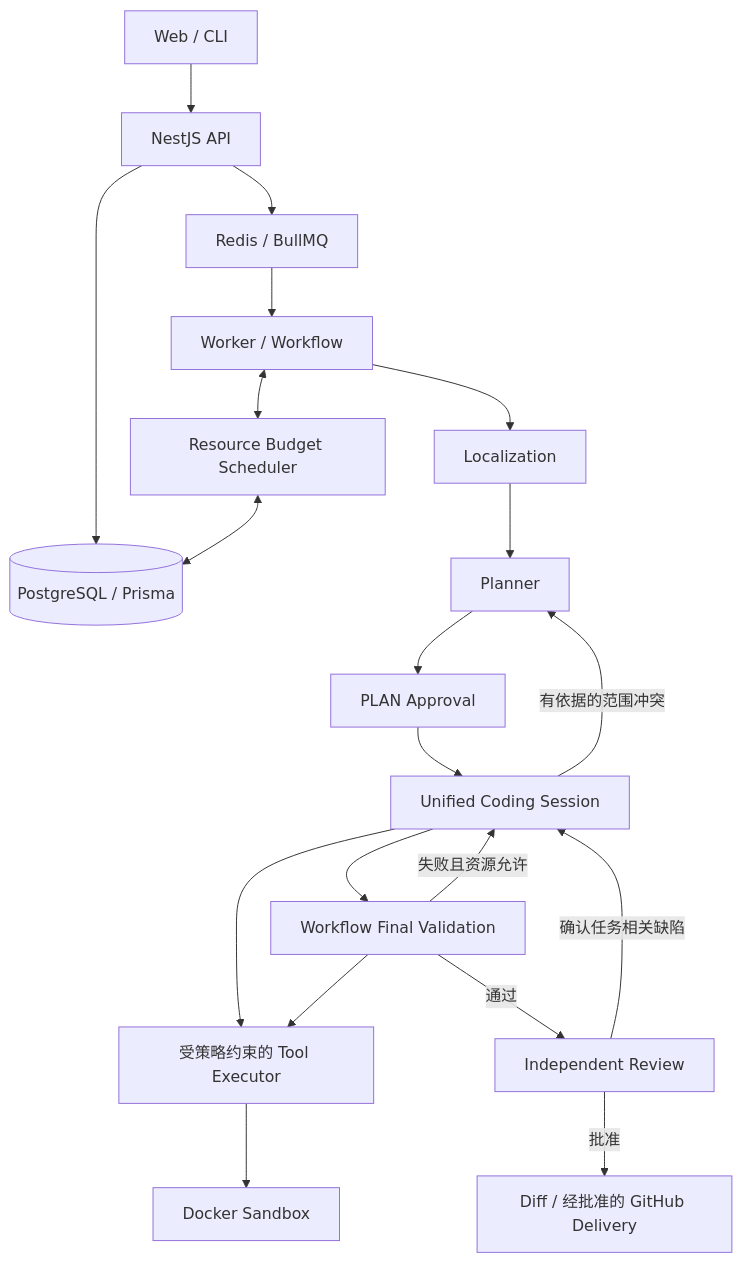
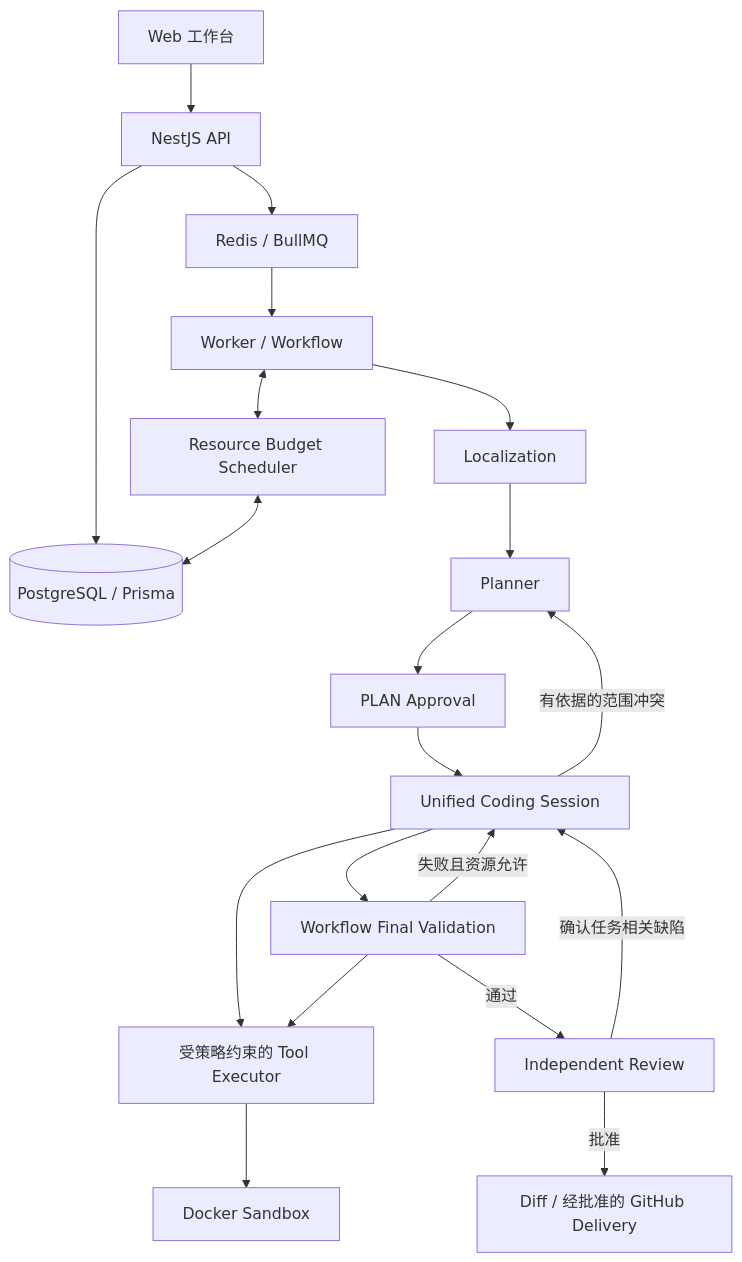
One commit to YangMingZhe34985/DevFlow changed the first of 2 diagrams in docs/technical-report-v2.3.1-20261010.md. Above: the diagram before and after it, drawn with Mermaid. The commit also changed other lines of this file and 4 other files, not shown here.

Commit message:
docs: explain end-to-end architecture and module internals for project study

````diff
--- a/docs/technical-report-v2.3.1-20261010.md
+++ b/docs/technical-report-v2.3.1-20261010.md
@@ -15,22 +17,22 @@
 ```mermaid
 flowchart TB
-  UI[Web / CLI] --> API[NestJS API]
+  UI[Web 工作台] --> API[NestJS API]
   API --> DB[(PostgreSQL / Prisma)]
   API --> Q[Redis / BullMQ]
   Q --> W[Worker / Workflow]
   W --> L[Localization]
   L --> P[Planner]
   P --> A[PLAN Approval]
   A --> C[Unified Coding Session]
   C --> V[Workflow Final Validation]
   V -->|失败且资源允许| C
   V -->|通过| R[Independent Review]
   R -->|确认任务相关缺陷| C
   R -->|批准| D[Diff / 经批准的 GitHub Delivery]
   C -->|有依据的范围冲突| P
   W <--> S[Resource Budget Scheduler]
   S <--> DB
   C --> T[受策略约束的 Tool Executor]
   V --> T
   T --> SB[Docker Sandbox]
 ```
````
